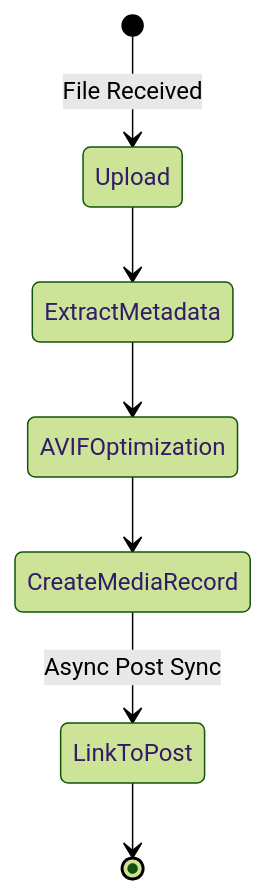
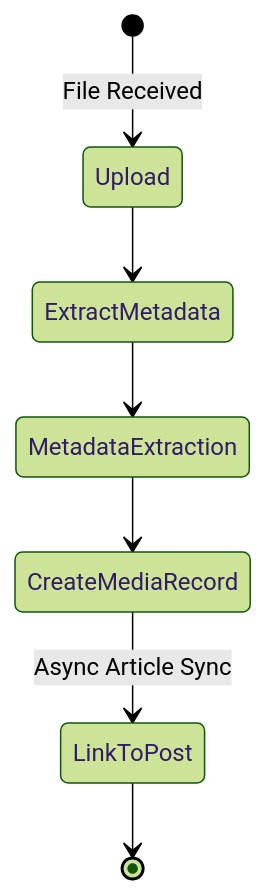
One commit to amirhossein-moloki/Blog changed the third of 4 diagrams in COMPREHENSIVE_ARCHITECTURE.md. Above: the diagram before and after it, drawn with Mermaid (forest theme). The commit also changed other lines of this file and 25 other files, not shown here.

Commit message:
sync: update API collections, openapi schemas, and docs with Article model and remove AVIF reference

````diff
--- a/COMPREHENSIVE_ARCHITECTURE.md
+++ b/COMPREHENSIVE_ARCHITECTURE.md
@@ -496,9 +496,9 @@
 ```mermaid
 stateDiagram-v2
     [*] --> Upload: File Received
     Upload --> ExtractMetadata
-    ExtractMetadata --> AVIFOptimization
-    AVIFOptimization --> CreateMediaRecord
-    CreateMediaRecord --> LinkToPost: Async Post Sync
+    ExtractMetadata --> MetadataExtraction
+    MetadataExtraction --> CreateMediaRecord
+    CreateMediaRecord --> LinkToPost: Async Article Sync
     LinkToPost --> [*]
 ```
````
